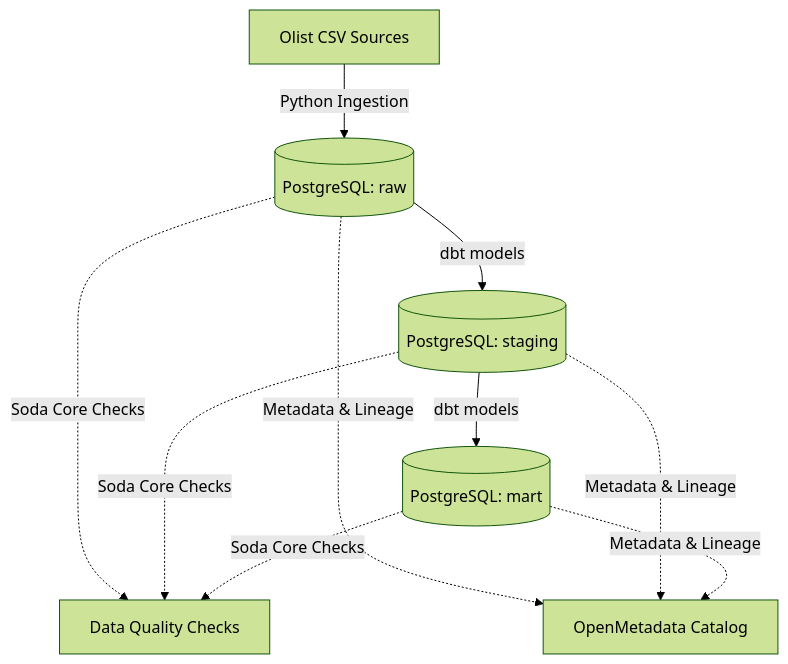
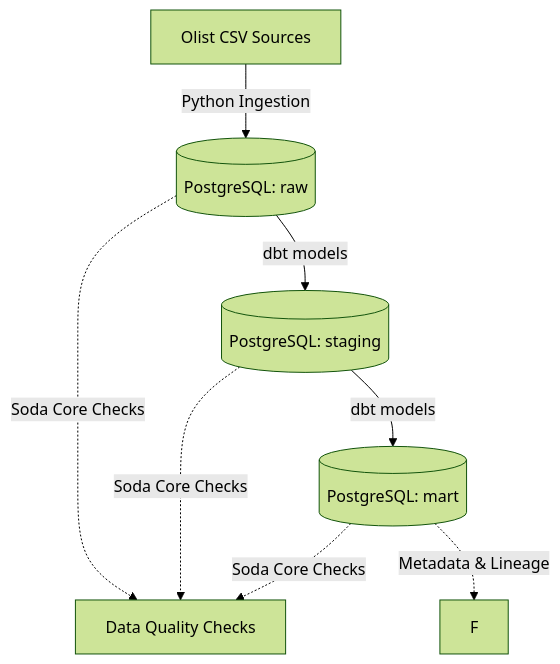
Before and after one commit to draganov7/governed-commerece-lakehouse: the diagram in README.md, drawn with Mermaid (forest theme).

Commit message:
read me edit

````diff
--- a/README.md
+++ b/README.md
@@ -11,14 +11,12 @@
 ```mermaid
 graph TD
     A[Olist CSV Sources] -->|Python Ingestion| B[(PostgreSQL: raw)]
     B -->|dbt models| C[(PostgreSQL: staging)]
     C -->|dbt models| D[(PostgreSQL: mart)]
     
     B -.->|Soda Core Checks| E[Data Quality Checks]
     C -.->|Soda Core Checks| E
     D -.->|Soda Core Checks| E
     
-    B -.->|Metadata & Lineage| F[OpenMetadata Catalog]
-    C -.->|Metadata & Lineage| F
     D -.->|Metadata & Lineage| F
 ```
````
